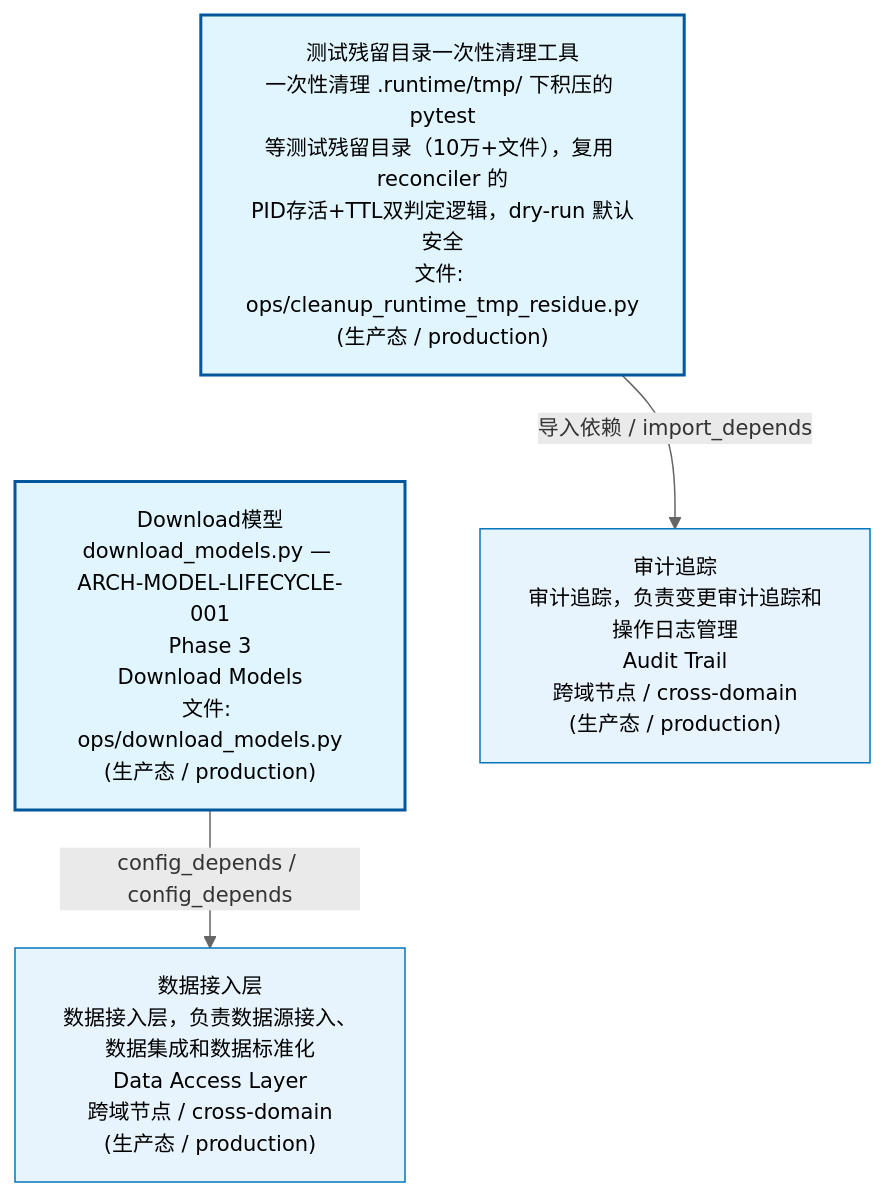
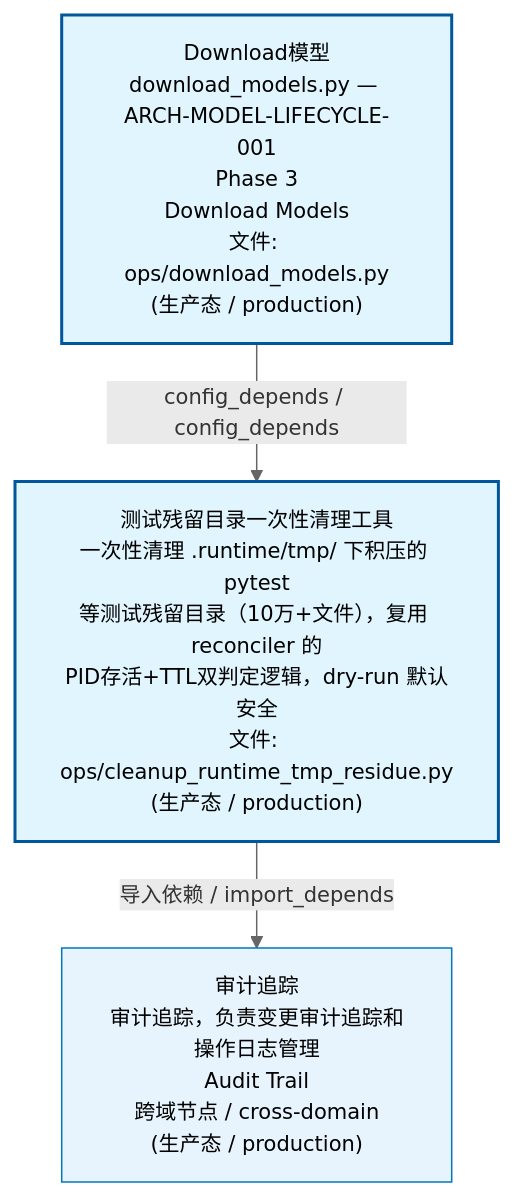
Before and after one commit to xuanFelixVan/ZephyrAlpha: the first of 3 diagrams in docs/02_enterprise_architecture/02_domain_architecture_docs/04_d_infra_ops.md, drawn with Mermaid. The commit also changed other lines of this file and 52 other files, not shown here.

````diff
--- a/docs/02_enterprise_architecture/02_domain_architecture_docs/04_d_infra_ops.md
+++ b/docs/02_enterprise_architecture/02_domain_architecture_docs/04_d_infra_ops.md
@@ -53,17 +53,15 @@
 ```mermaid
 %%{init: {'theme': 'base', 'themeVariables': {'primaryColor': '#eaeaea', 'primaryTextColor': '#333333', 'primaryBorderColor': '#666666', 'lineColor': '#666666', 'secondaryColor': '#eaeaea', 'tertiaryColor': '#eaeaea', 'fontSize': '14px'}}}%%
 flowchart TD
+    scripts_ops_download_models_py["Download模型<br/>download_models.py — ARCH-MODEL-LIFECYCLE-001<br/>Phase 3<br/>Download Models<br/>文件: ops/download_models.py<br/>(生产态 / production)"]
     scripts_ops_cleanup_runtime_tmp_residue_py["测试残留目录一次性清理工具<br/>一次性清理 .runtime/tmp/ 下积压的 pytest<br/>等测试残留目录（10万+文件），复用 reconciler 的<br/>PID存活+TTL双判定逻辑，dry-run 默认安全<br/>文件: ops/cleanup_runtime_tmp_residue.py<br/>(生产态 / production)"]
-    scripts_ops_download_models_py["Download模型<br/>download_models.py — ARCH-MODEL-LIFECYCLE-001<br/>Phase 3<br/>Download Models<br/>文件: ops/download_models.py<br/>(生产态 / production)"]
-    scripts_ops_cleanup_runtime_tmp_residue_py ~~~ scripts_ops_download_models_py
+    scripts_ops_download_models_py -->|config_depends / config_depends| scripts_ops_cleanup_runtime_tmp_residue_py
     D_GOV_AUDIT["审计追踪<br/>审计追踪，负责变更审计追踪和操作日志管理<br/>Audit Trail<br/>跨域节点 / cross-domain<br/>(生产态 / production)"]
     scripts_ops_cleanup_runtime_tmp_residue_py -->|导入依赖 / import_depends| D_GOV_AUDIT
-    D_DATA["数据接入层<br/>数据接入层，负责数据源接入、数据集成和数据标准化<br/>Data Access Layer<br/>跨域节点 / cross-domain<br/>(生产态 / production)"]
-    scripts_ops_download_models_py -->|config_depends / config_depends| D_DATA
     classDef production fill:#e1f5fe,stroke:#01579b,stroke-width:2px,color:#000
     classDef design fill:#fff3e0,stroke:#e65100,stroke-width:2px,color:#000,stroke-dasharray: 5 5
     classDef external_prod fill:#e8f4fd,stroke:#0277bd,stroke-width:1px,color:#000
     classDef external_design fill:#fff8e7,stroke:#ef6c00,stroke-width:1px,color:#000,stroke-dasharray: 5 5
     class scripts_ops_cleanup_runtime_tmp_residue_py,scripts_ops_download_models_py production
-    class D_GOV_AUDIT,D_DATA external_prod
+    class D_GOV_AUDIT external_prod
 ```
````
